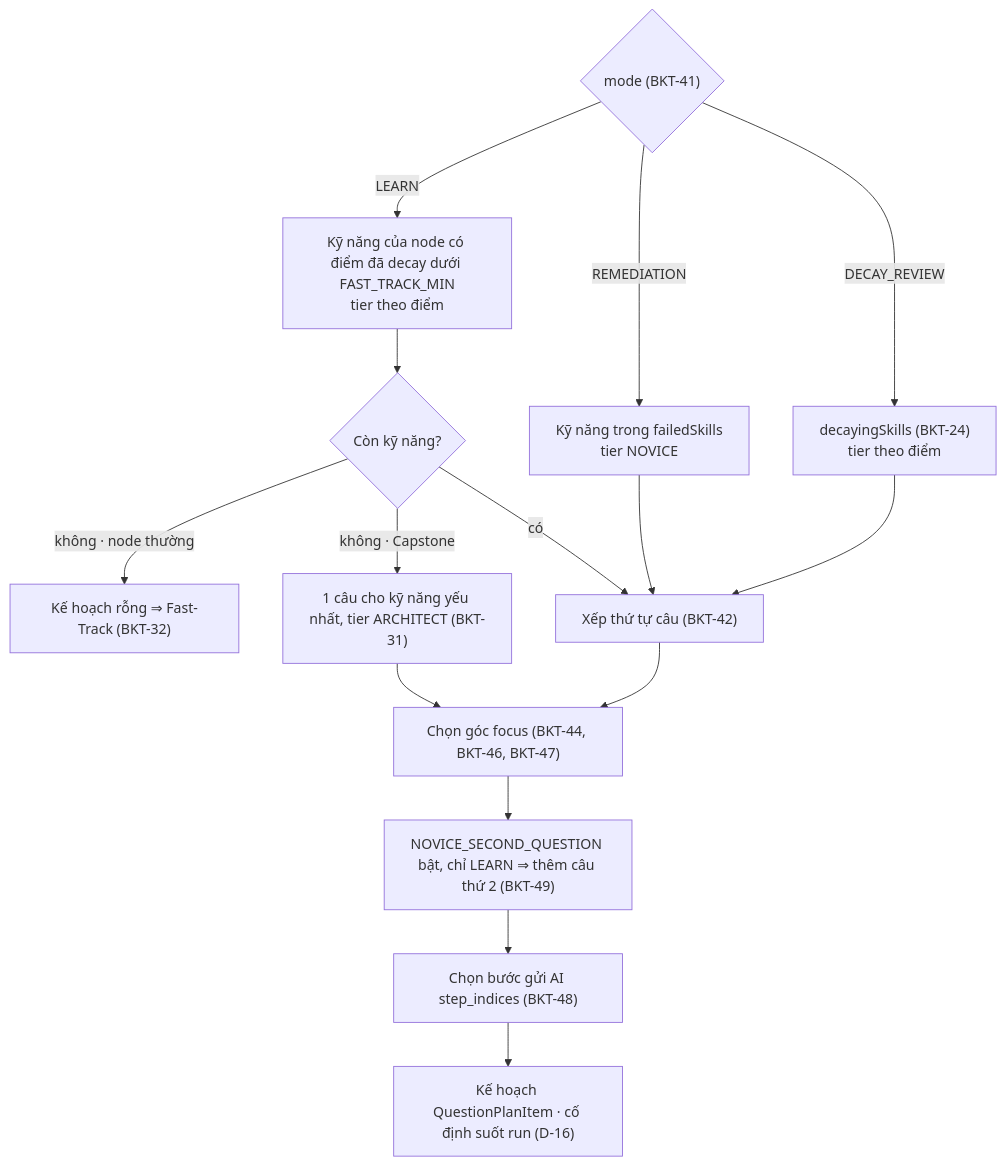
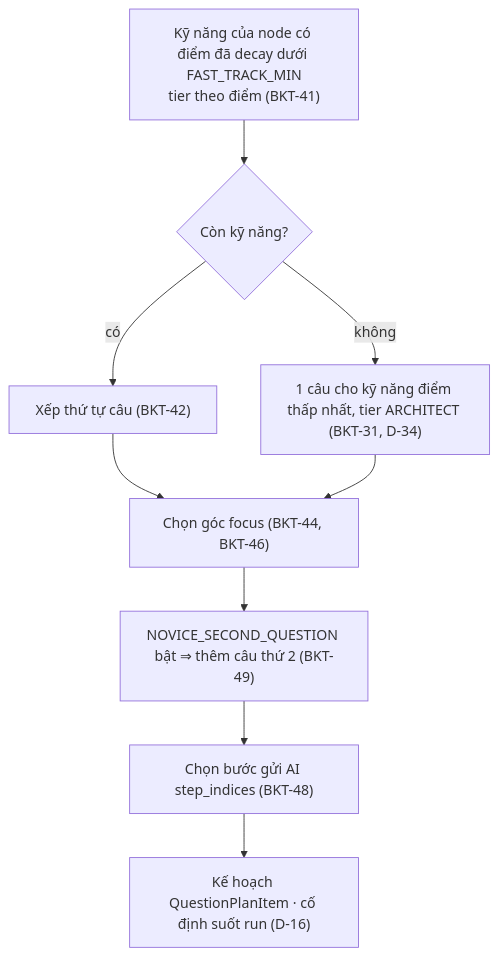
One commit to huynhthanhnhannnh-pixel/Hackathon_SGU changed the second of 2 diagrams in spec/22_BKT_VA_KE_HOACH_CAU_HOI.md. Above: the diagram before and after it, drawn with Mermaid. The commit also changed other lines of this file and 5 other files, not shown here.

````diff
--- a/spec/22_BKT_VA_KE_HOACH_CAU_HOI.md
+++ b/spec/22_BKT_VA_KE_HOACH_CAU_HOI.md
@@ -135,17 +133,11 @@
 ```mermaid
 flowchart TD
-  M{"mode (BKT-41)"} -- "LEARN" --> L["Kỹ năng của node có điểm đã decay dưới FAST_TRACK_MIN<br/>tier theo điểm"]
-  M -- "REMEDIATION" --> R["Kỹ năng trong failedSkills<br/>tier NOVICE"]
-  M -- "DECAY_REVIEW" --> D["decayingSkills (BKT-24)<br/>tier theo điểm"]
-  L --> E{"Còn kỹ năng?"}
-  E -- "không · node thường" --> FT["Kế hoạch rỗng ⇒ Fast-Track (BKT-32)"]
-  E -- "không · Capstone" --> CP["1 câu cho kỹ năng yếu nhất, tier ARCHITECT (BKT-31)"]
+  L["Kỹ năng của node có điểm đã decay dưới FAST_TRACK_MIN<br/>tier theo điểm (BKT-41)"] --> E{"Còn kỹ năng?"}
+  E -- "không" --> CP["1 câu cho kỹ năng điểm thấp nhất, tier ARCHITECT (BKT-31, D-34)"]
   E -- "có" --> O["Xếp thứ tự câu (BKT-42)"]
-  R --> O
-  D --> O
-  O --> F["Chọn góc focus (BKT-44, BKT-46, BKT-47)"]
+  O --> F["Chọn góc focus (BKT-44, BKT-46)"]
   CP --> F
-  F --> X["NOVICE_SECOND_QUESTION bật, chỉ LEARN ⇒ thêm câu thứ 2 (BKT-49)"]
+  F --> X["NOVICE_SECOND_QUESTION bật ⇒ thêm câu thứ 2 (BKT-49)"]
   X --> S["Chọn bước gửi AI step_indices (BKT-48)"]
   S --> P["Kế hoạch QuestionPlanItem · cố định suốt run (D-16)"]
 ```
````
